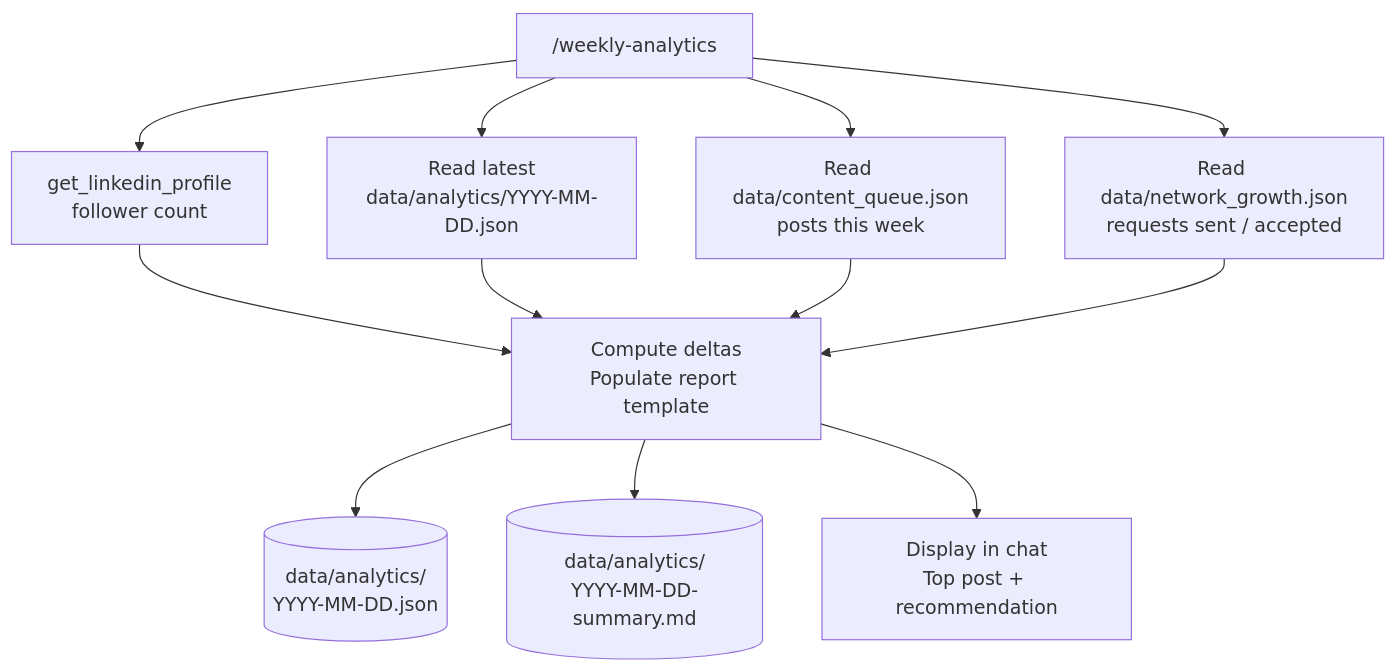
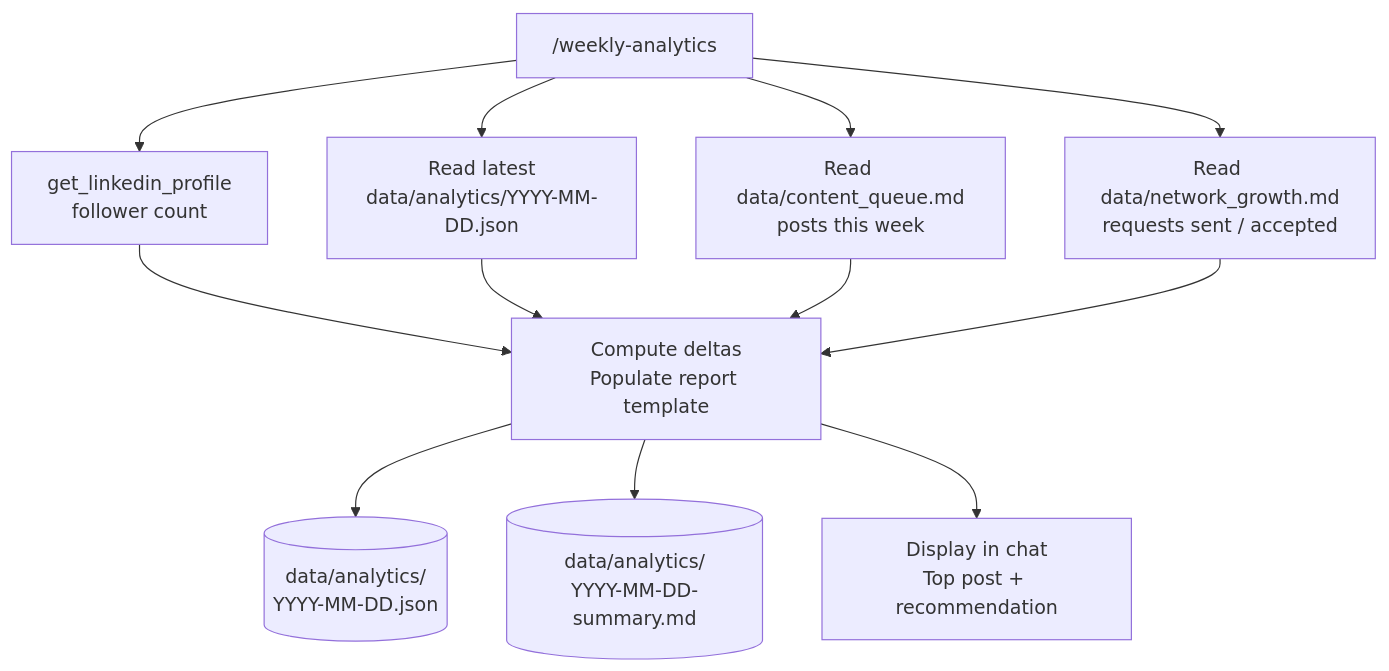
Before and after one commit to nived15/linkedin-helper: the sixth of 6 diagrams in README.md, drawn with Mermaid. The commit also changed other lines of this file and 7 other files, not shown here.

First line of the commit message:
fix: update data file references from .json to .md and add missing MCP tools

````diff
--- a/README.md
+++ b/README.md
@@ -129,11 +129,11 @@
 ```mermaid
 flowchart TD
     A["/weekly-analytics"] --> B[get_linkedin_profile\nfollower count]
     A --> C[Read latest\ndata/analytics/YYYY-MM-DD.json]
-    A --> D[Read data/content_queue.json\nposts this week]
-    A --> E[Read data/network_growth.json\nrequests sent / accepted]
+    A --> D[Read data/content_queue.md\nposts this week]
+    A --> E[Read data/network_growth.md\nrequests sent / accepted]
     B & C & D & E --> F[Compute deltas\nPopulate report template]
     F --> G[(data/analytics/\nYYYY-MM-DD.json)]
     F --> H[(data/analytics/\nYYYY-MM-DD-summary.md)]
     F --> I[Display in chat\nTop post + recommendation]
 ```
````
